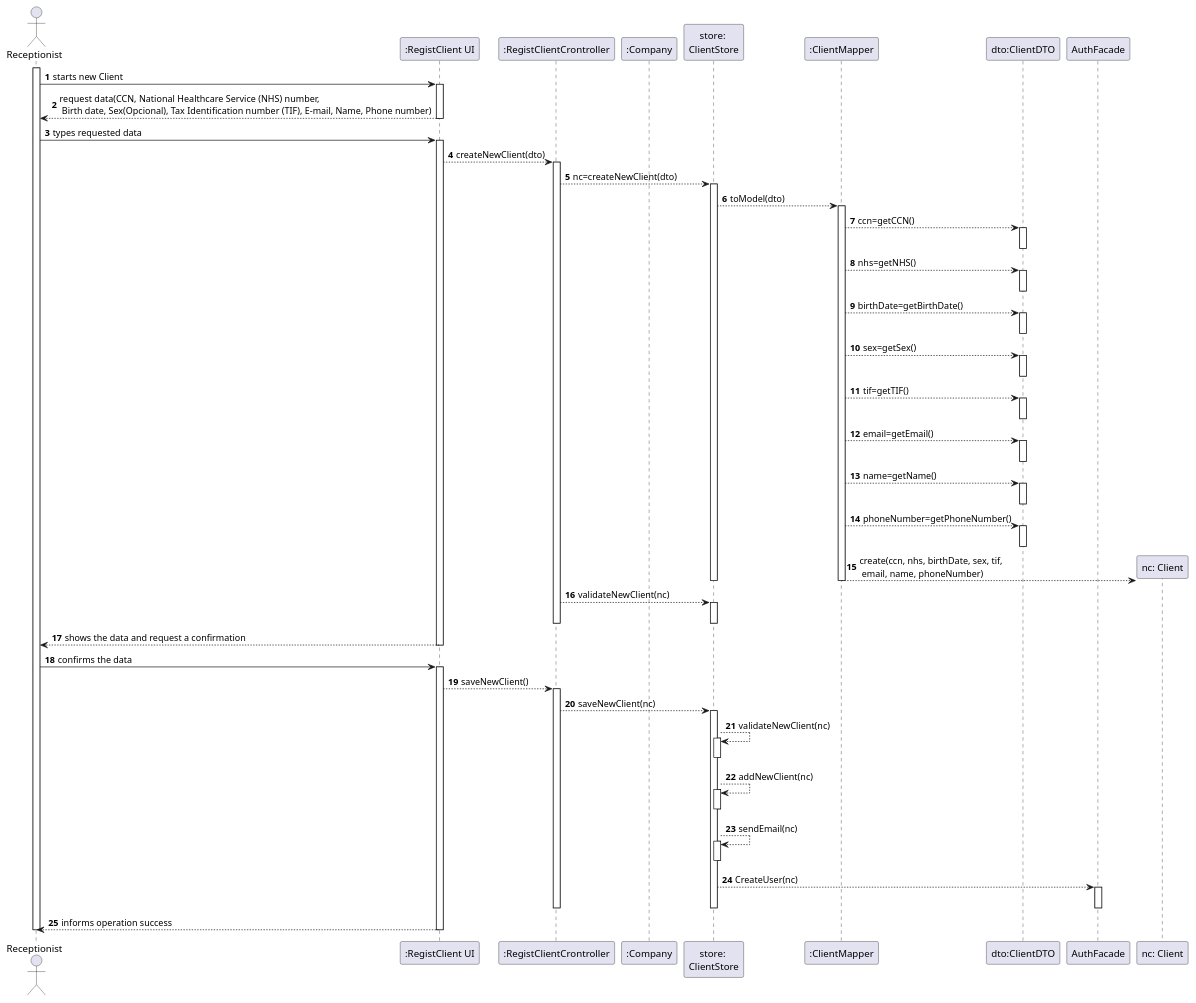
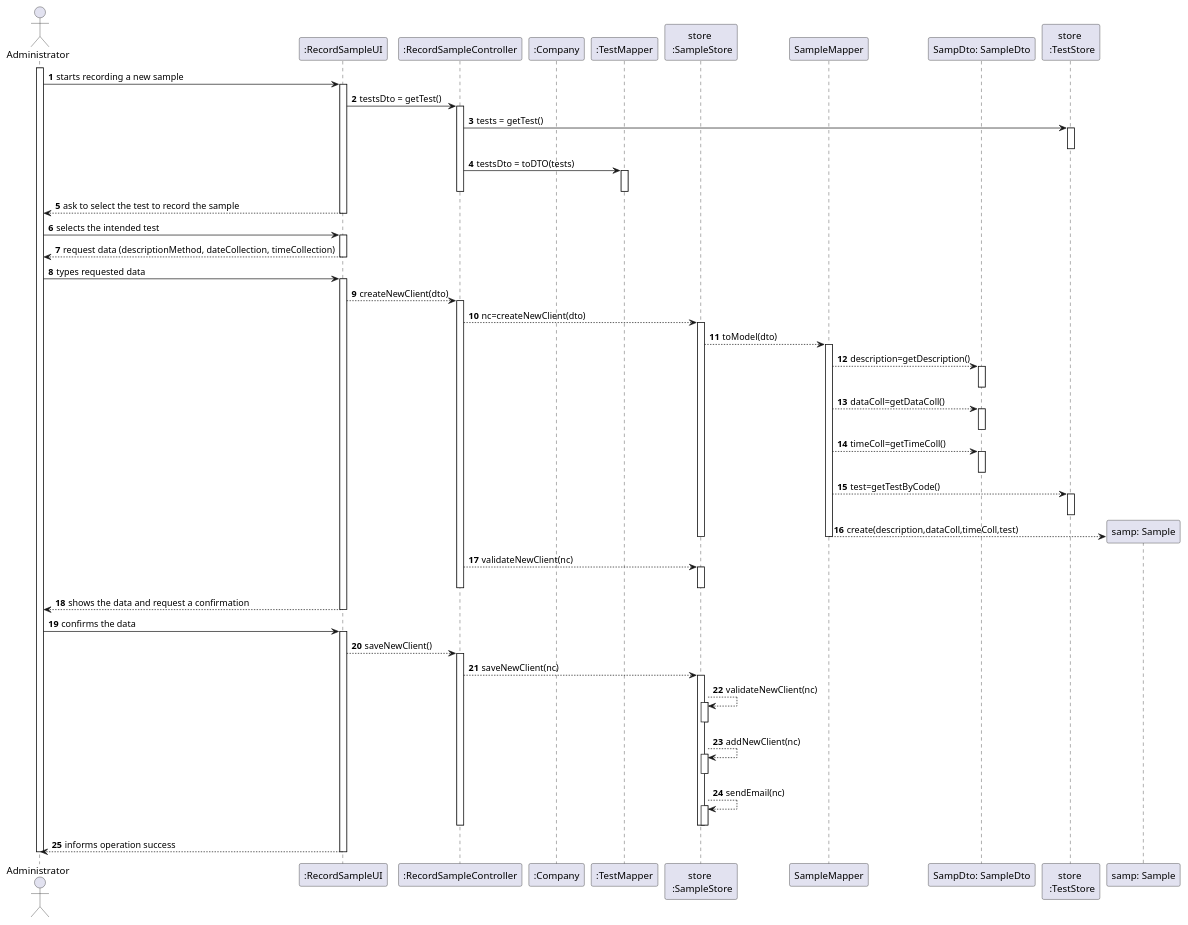
Before and after one commit to Pedromaia26/LAPR2-ISEP: the diagram in docs/SprintC/US5_RecordTheSample/US005_SD.puml, drawn with PlantUML.

Commit message:
US005_SD puml

```diff
--- a/docs/SprintC/US5_RecordTheSample/US005_SD.puml
+++ b/docs/SprintC/US5_RecordTheSample/US005_SD.puml
@@ -1,103 +1,107 @@
 @startuml
-actor Receptionist as Adm
-participant ":RegistClient UI" as System
-participant ":RegistClientCrontroller" as RCC
-participant ":Company" as ML
-participant "store: \nClientStore" as CS
-participant ":ClientMapper" as cm
-participant "dto:ClientDTO" as cdto
-participant "AuthFacade" as AF
-
-
-
-autonumber
-activate Adm
-Adm -> System: starts new Client
-activate System
-
-
-System --> Adm: request data(CCN, National Healthcare Service (NHS) number,\n Birth date, Sex(Opcional), Tax Identification number (TIF), E-mail, Name, Phone number)
-deactivate System
+actor Administrator as Adm
+participant ":RecordSampleUI" as Interface
+participant ":RecordSampleController" as Controller
+participant ":Company" as Company
+participant ":TestMapper" as TM
+participant "store \n :SampleStore" as SS
+participant "SampleMapper" as SM
+participant "SampDto: SampleDto" as SD
+participant "store \n :TestStore" as TS
 
 
 
 
-Adm -> System: types requested data
-activate System
-System-->RCC: createNewClient(dto)
-activate RCC
-RCC-->CS: nc=createNewClient(dto)
-activate CS
-
-
-CS-->cm: toModel(dto)
-activate cm
-cm-->cdto: ccn=getCCN()
-activate cdto
-deactivate cdto
-cm-->cdto: nhs=getNHS()
-activate cdto
-deactivate cdto
-cm-->cdto: birthDate=getBirthDate()
-activate cdto
-deactivate cdto
-cm-->cdto: sex=getSex()
-activate cdto
-deactivate cdto
-cm-->cdto: tif=getTIF()
-activate cdto
-deactivate cdto
-cm-->cdto: email=getEmail()
-activate cdto
-deactivate cdto
-cm-->cdto: name=getName()
-activate cdto
-deactivate cdto
-cm-->cdto: phoneNumber=getPhoneNumber()
-activate cdto
-deactivate cdto
-
-
-create "nc: Client" as NC
-cm-->NC:  create(ccn, nhs, birthDate, sex, tif,\n email, name, phoneNumber)
+ 
+ 
+autonumber
+activate Adm
+Adm -> Interface: starts recording a new sample
+activate Interface
+Interface -> Controller: testsDto = getTest()
+activate Controller
+Controller -> TS: tests = getTest()
+activate TS
+deactivate TS
+Controller -> TM: testsDto = toDTO(tests)
+activate TM
+deactivate TM
+deactivate Controller
+Interface --> Adm: ask to select the test to record the sample
+deactivate Interface
 
 
 
-deactivate cm
-deactivate CS
-
-RCC-->CS:validateNewClient(nc)
-Activate CS
-deactivate CS
-
-deactivate RCC
-
-System --> Adm: shows the data and request a confirmation
-deactivate System
+Adm -> Interface: selects the intended test
+activate Interface
+Interface --> Adm: request data (descriptionMethod, dateCollection, timeCollection)
+deactivate Interface
 
 
-Adm -> System: confirms the data
-activate System
-System-->RCC: saveNewClient()
-activate RCC
-RCC-->CS:saveNewClient(nc)
-activate CS
-CS-->CS:validateNewClient(nc)
-activate CS
-deactivate CS
-CS-->CS:addNewClient(nc)
-activate CS
-deactivate CS
-CS-->CS:sendEmail(nc)
-activate CS
-deactivate CS
-CS-->AF:CreateUser(nc)
-activate AF
-deactivate AF
-deactivate CS
-deactivate ML
-deactivate RCC
-System --> Adm: informs operation success
-deactivate System
+Adm -> Interface: types requested data
+activate Interface
+Interface-->Controller: createNewClient(dto)
+activate Controller
+Controller-->SS: nc=createNewClient(dto)
+activate SS
+
+
+SS-->SM: toModel(dto)
+activate SM
+SM-->SD: description=getDescription()
+activate SD
+deactivate SD
+SM-->SD: dataColl=getDataColl()
+activate SD
+deactivate SD
+SM-->SD: timeColl=getTimeColl()
+activate SD
+deactivate SD
+SM-->TS: test=getTestByCode()
+activate TS
+deactivate TS
+
+
+
+
+create "samp: Sample" as samp
+SM-->samp:  create(description,dataColl,timeColl,test)
+
+
+
+deactivate SM
+deactivate SS
+
+Controller-->SS:validateNewClient(nc)
+Activate SS
+deactivate SS
+
+deactivate Controller
+
+Interface--> Adm: shows the data and request a confirmation
+deactivate Interface
+
+
+Adm -> Interface: confirms the data
+activate Interface
+Interface-->Controller: saveNewClient()
+activate Controller
+Controller-->SS:saveNewClient(nc)
+activate SS
+SS-->SS:validateNewClient(nc)
+activate SS
+deactivate SS
+SS-->SS:addNewClient(nc)
+activate SS
+deactivate SS
+SS-->SS:sendEmail(nc)
+activate SS
+deactivate SS
+
+deactivate SS
+deactivate Controller
+Interface--> Adm: informs operation success
+
+deactivate Interface
 deactivate Adm
 @enduml
```
